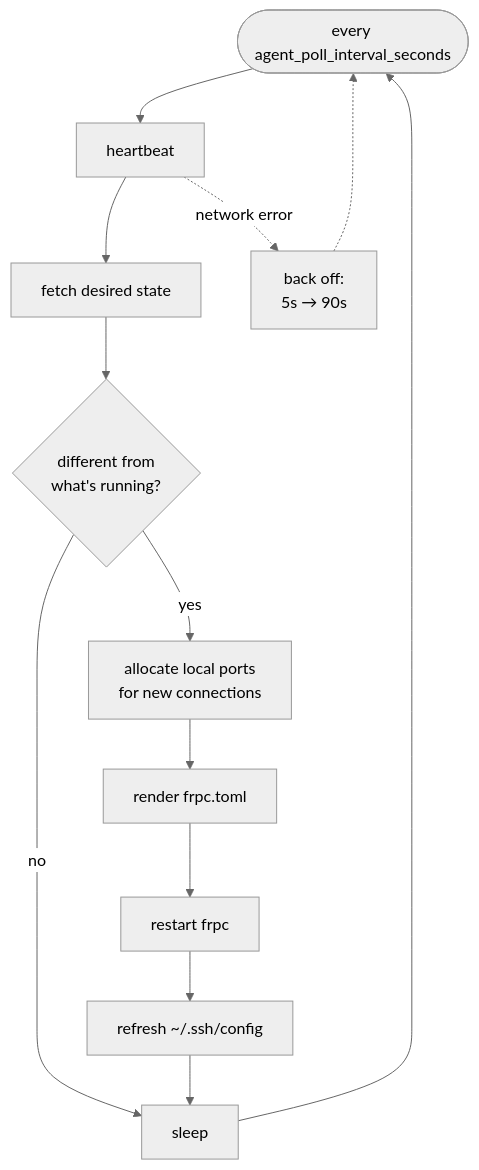
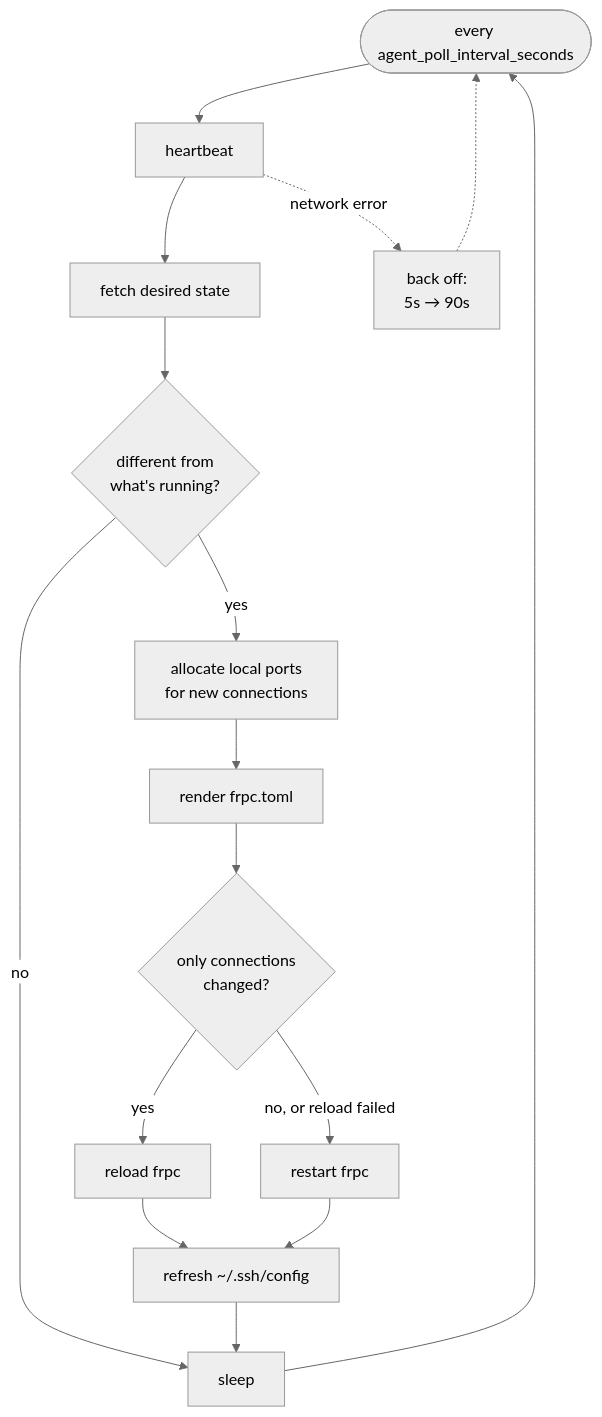
Before and after one commit to aadegtyarev/frp-jump: the fifth of 6 diagrams in docs/how-it-works.md, drawn with Mermaid (neutral theme). The commit also changed other lines of this file and 12 other files, not shown here.

First line of the commit message:
Hot-reload frpc instead of restarting it on grant changes (#4)

````diff
--- a/docs/how-it-works.md
+++ b/docs/how-it-works.md
@@ -218,16 +219,19 @@
 ```mermaid
 flowchart TD
     start(["every agent_poll_interval_seconds"]) --> hb["heartbeat"]
     hb --> pull["fetch desired state"]
     pull --> cmp{"different from<br/>what's running?"}
     cmp -->|no| sleep["sleep"]
     cmp -->|yes| ports["allocate local ports<br/>for new connections"]
     ports --> render["render frpc.toml"]
-    render --> restart["restart frpc"]
-    restart --> sshcfg["refresh ~/.ssh/config"]
+    render --> what{"only connections<br/>changed?"}
+    what -->|yes| reload["reload frpc"]
+    what -->|"no, or reload failed"| restart["restart frpc"]
+    reload --> sshcfg["refresh ~/.ssh/config"]
+    restart --> sshcfg
     sshcfg --> sleep
     sleep --> start
 
     hb -.->|"network error"| backoff["back off:<br/>5s → 90s"]
     backoff -.-> start
 ```
````
